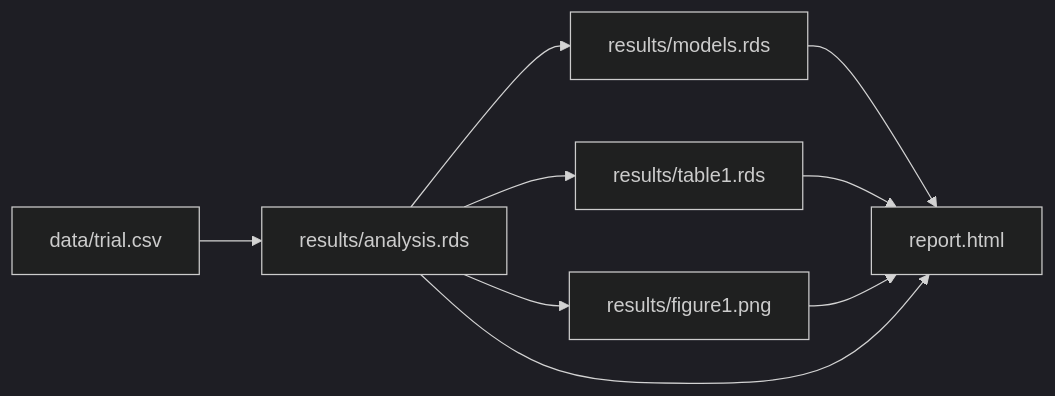
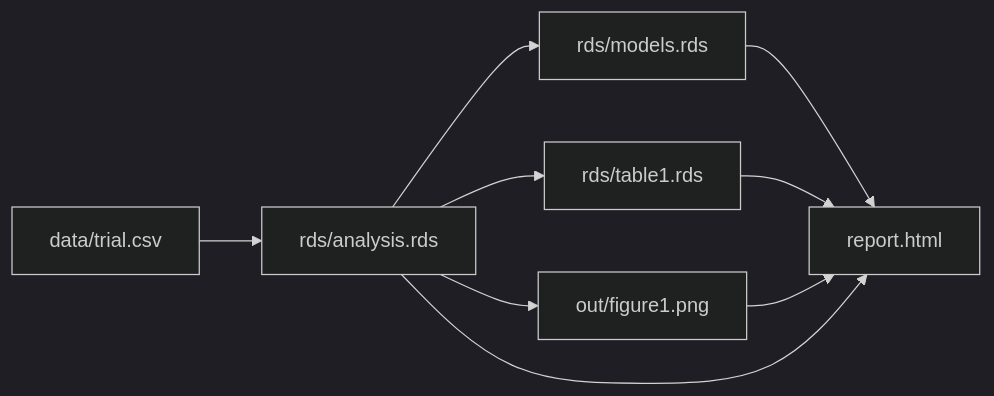
Before and after one commit to lharris421/snakemake-tutorial: the diagram in 08-analysis-pipeline.qmd, drawn with Mermaid (dark theme). The commit also changed other lines of this file and 63 other files, not shown here.

First line of the commit message:
Split each project's results into rds/ and out/

````diff
--- a/08-analysis-pipeline.qmd
+++ b/08-analysis-pipeline.qmd
@@ -25,12 +25,12 @@
 ```{mermaid}
 %%| fig-align: center
 flowchart LR
-  R[data/trial.csv] --> C[results/analysis.rds]
-  C --> M[results/models.rds]
-  C --> T[results/table1.rds]
-  C --> F[results/figure1.png]
+  R[data/trial.csv] --> C[rds/analysis.rds]
+  C --> M[rds/models.rds]
+  C --> T[rds/table1.rds]
+  C --> F[out/figure1.png]
   M --> P[report.html]
   T --> P
   F --> P
   C --> P
 ```
````
